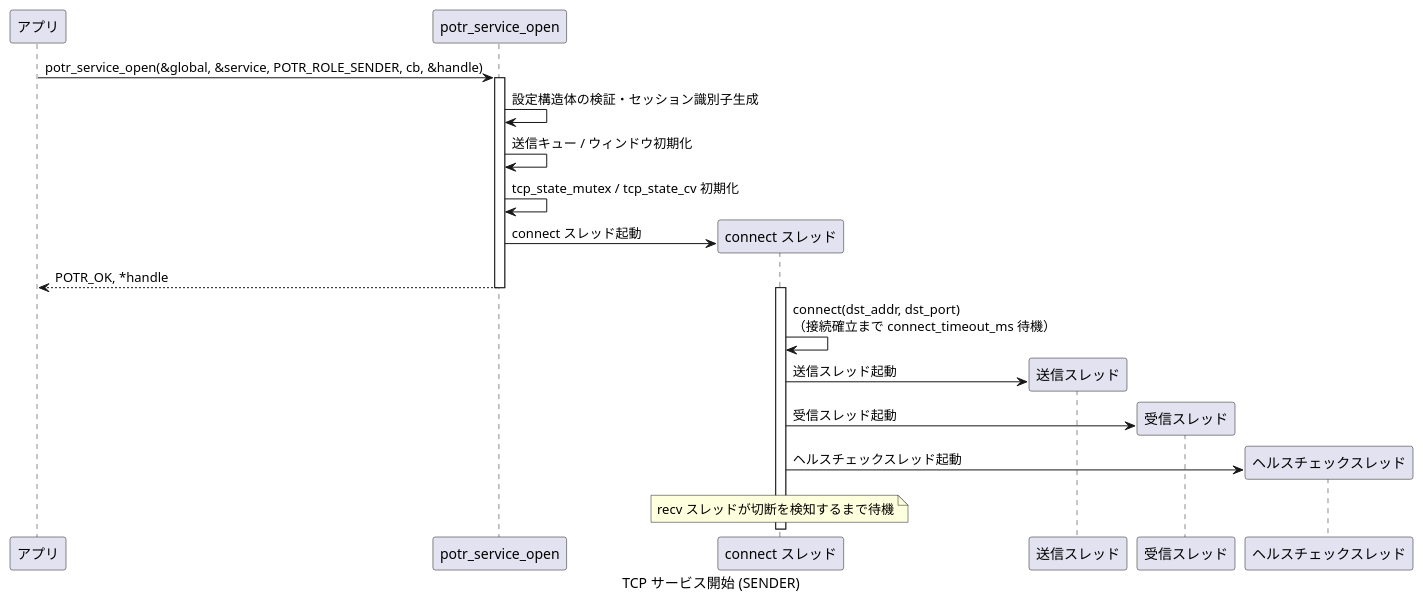
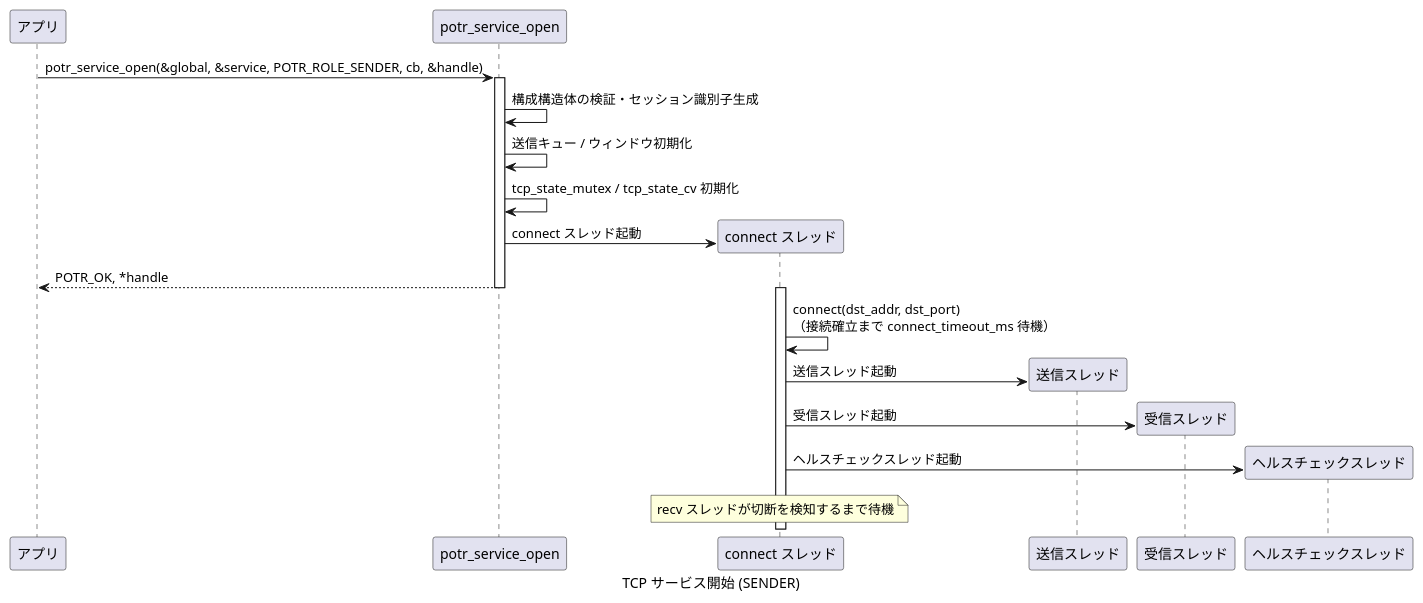
Before and after one commit to Hondarer/app_porter: the first of 9 diagrams in docs/sequence-tcp.md, drawn with PlantUML. The commit also changed other lines of this file and 39 other files, not shown here.

````diff
--- a/docs/sequence-tcp.md
+++ b/docs/sequence-tcp.md
@@ -10,31 +10,31 @@
 ```plantuml
 @startuml TCP サービス開始 (SENDER)
 caption TCP サービス開始 (SENDER)
 
 participant "アプリ" as APP
 participant "potr_service_open" as OPEN
 participant "connect スレッド" as CT
 participant "送信スレッド" as ST
 participant "受信スレッド" as RT
 participant "ヘルスチェックスレッド" as HT
 
 APP -> OPEN: potr_service_open(&global, &service, POTR_ROLE_SENDER, cb, &handle)
 activate OPEN
-OPEN -> OPEN: 設定構造体の検証・セッション識別子生成
+OPEN -> OPEN: 構成構造体の検証・セッション識別子生成
 OPEN -> OPEN: 送信キュー / ウィンドウ初期化
 OPEN -> OPEN: tcp_state_mutex / tcp_state_cv 初期化
 
 OPEN -> CT**: connect スレッド起動
 OPEN --> APP: POTR_OK, *handle
 deactivate OPEN
 
 activate CT
 CT -> CT: connect(dst_addr, dst_port)\n（接続確立まで connect_timeout_ms 待機）
 CT -> ST**: 送信スレッド起動
 CT -> RT**: 受信スレッド起動
 CT -> HT**: ヘルスチェックスレッド起動
 
 note over CT: recv スレッドが切断を検知するまで待機
 
 @enduml
 ```
````
